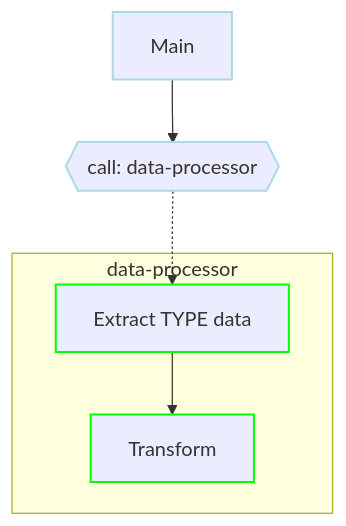
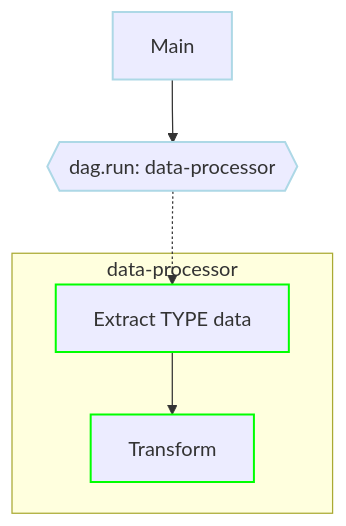
Diagram 14 of 21 in writing-workflows/examples.md (dagucloud/docs), drawn with Mermaid before and after one commit. The commit also changed other lines of this file and 88 other files, not shown here.

Commit message:
docs: update action schema references

````diff
--- a/writing-workflows/examples.md
+++ b/writing-workflows/examples.md
@@ -540,12 +549,12 @@
 ```mermaid
 graph TD
-  M[Main] --> DP{{call: data-processor}}
+  M[Main] --> DP{{"dag.run: data-processor"}}
   subgraph data-processor
     E["Extract TYPE data"] --> T[Transform]
   end
   DP -.-> E
   style M stroke:lightblue,stroke-width:1.6px,color:#333
   style DP stroke:lightblue,stroke-width:1.6px,color:#333
   style E stroke:lime,stroke-width:1.6px,color:#333
   style T stroke:lime,stroke-width:1.6px,color:#333
 ```
````
